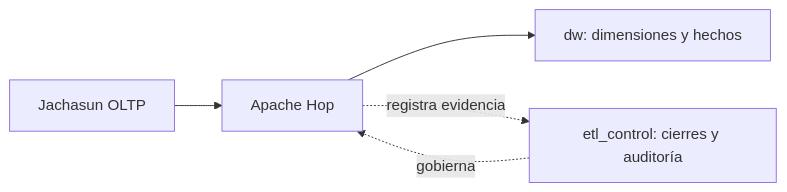
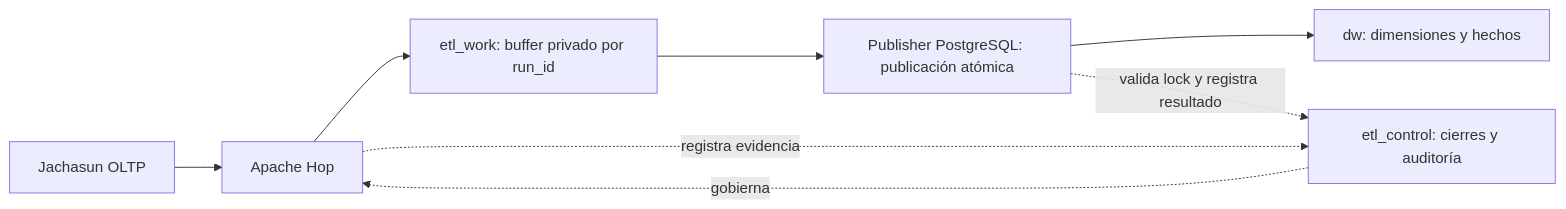
Before and after one commit to KEVIN-117/dss-system-architecture: the diagram in docs/dw/analytical-platform-foundations.md, drawn with Mermaid. The commit also changed other lines of this file and 4 other files, not shown here.

Commit message:
docs(dw): clarify Hop publisher buffer and paused Go staging

````diff
--- a/docs/dw/analytical-platform-foundations.md
+++ b/docs/dw/analytical-platform-foundations.md
@@ -7,7 +7,10 @@
 ```mermaid
 flowchart LR
     OLTP[Jachasun OLTP] --> HOP[Apache Hop]
-    HOP --> DWH[dw: dimensiones y hechos]
+    HOP --> WORK[etl_work: buffer privado por run_id]
+    WORK --> PUB[Publisher PostgreSQL: publicación atómica]
+    PUB --> DWH[dw: dimensiones y hechos]
     CTRL[etl_control: cierres y auditoría] -. gobierna .-> HOP
     HOP -. registra evidencia .-> CTRL
+    PUB -. valida lock y registra resultado .-> CTRL
 ```
````
